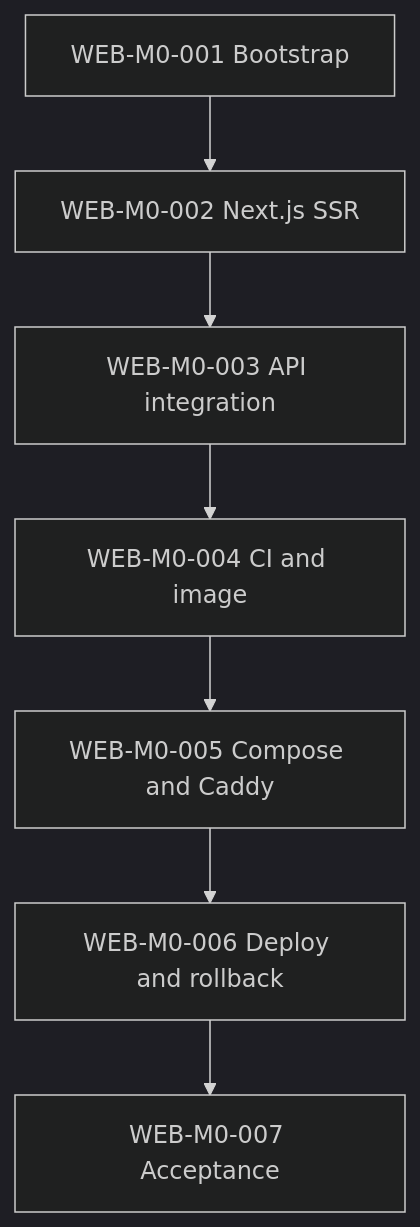
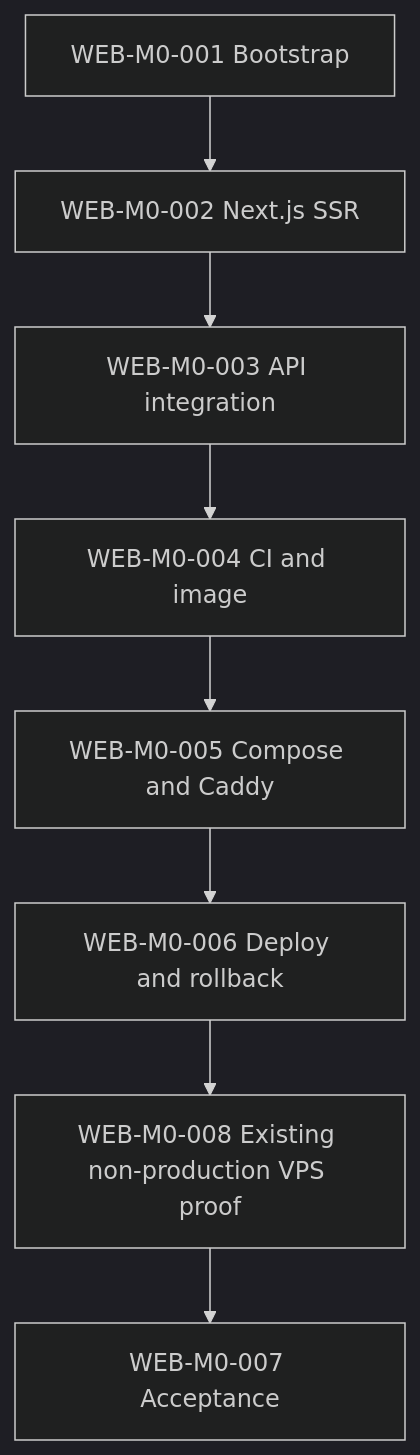
Before and after one commit to dadzhioski/professional-services-medical-web: the diagram in docs/backlog/milestone-0.md, drawn with Mermaid (dark theme). The commit also changed other lines of this file and 2 other files, not shown here.

Commit message:
WEB-M0-008: add non-production VPS deployment task and backlog dependency

````diff
--- a/docs/backlog/milestone-0.md
+++ b/docs/backlog/milestone-0.md
@@ -9,9 +9,10 @@
 ```mermaid
 flowchart TD
     W1["WEB-M0-001 Bootstrap"] --> W2["WEB-M0-002 Next.js SSR"]
     W2 --> W3["WEB-M0-003 API integration"]
     W3 --> W4["WEB-M0-004 CI and image"]
     W4 --> W5["WEB-M0-005 Compose and Caddy"]
     W5 --> W6["WEB-M0-006 Deploy and rollback"]
-    W6 --> W7["WEB-M0-007 Acceptance"]
+    W6 --> W8["WEB-M0-008 Existing non-production VPS proof"]
+    W8 --> W7["WEB-M0-007 Acceptance"]
 ```
````
